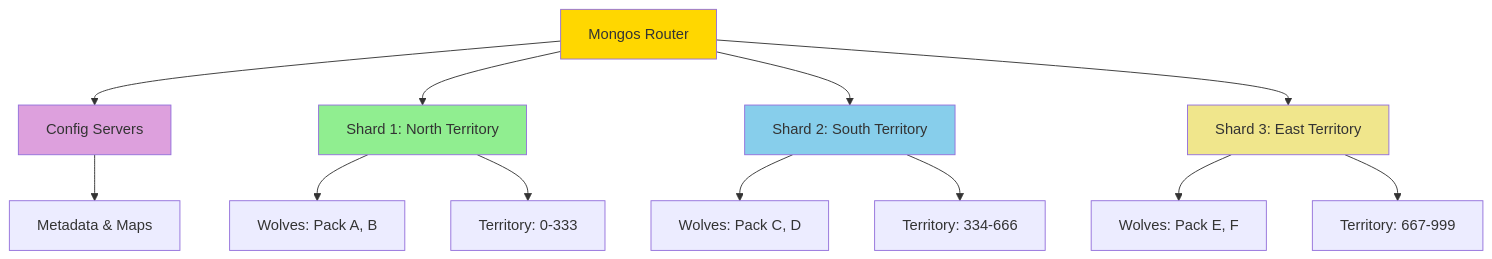
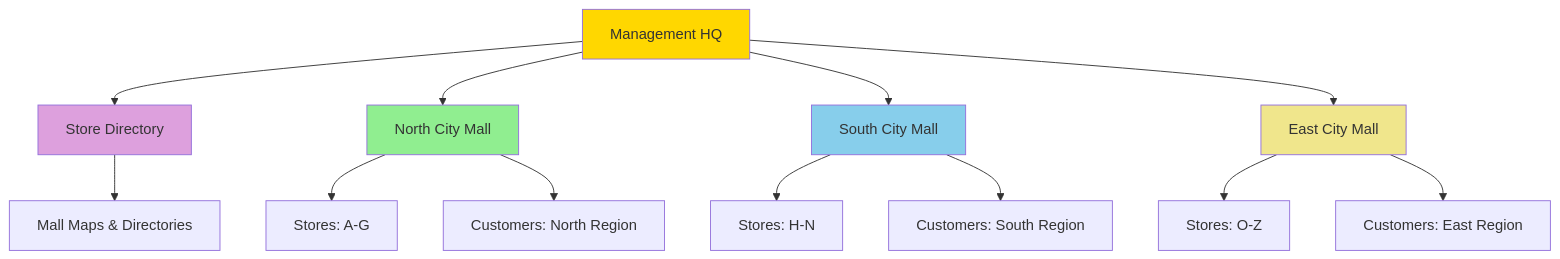
Before and after one commit to viswanathsandu/QuickGuides: the tenth of 11 diagrams in mongodb-nature-guide.md, drawn with Mermaid. The commit also changed other lines of this file, not shown here.

````diff
--- a/mongodb-nature-guide.md
+++ b/mongodb-nature-guide.md
@@ -660,24 +676,24 @@
 ```mermaid
 graph TB
-    A[Mongos Router] --> B[Config Servers]
-    A --> C[Shard 1: North Territory]
-    A --> D[Shard 2: South Territory] 
-    A --> E[Shard 3: East Territory]
+    A[Management HQ] --> B[Store Directory]
+    A --> C[North City Mall]
+    A --> D[South City Mall] 
+    A --> E[East City Mall]
     
-    C --> C1[Wolves: Pack A, B]
-    C --> C2[Territory: 0-333]
+    C --> C1[Stores: A-G]
+    C --> C2[Customers: North Region]
     
-    D --> D1[Wolves: Pack C, D]  
-    D --> D2[Territory: 334-666]
+    D --> D1[Stores: H-N]  
+    D --> D2[Customers: South Region]
     
-    E --> E1[Wolves: Pack E, F]
-    E --> E2[Territory: 667-999]
+    E --> E1[Stores: O-Z]
+    E --> E2[Customers: East Region]
     
-    B --> B1[Metadata & Maps]
+    B --> B1[Mall Maps & Directories]
     
     style A fill:#FFD700
     style B fill:#DDA0DD
     style C fill:#90EE90
     style D fill:#87CEEB  
     style E fill:#F0E68C
 ```
````
